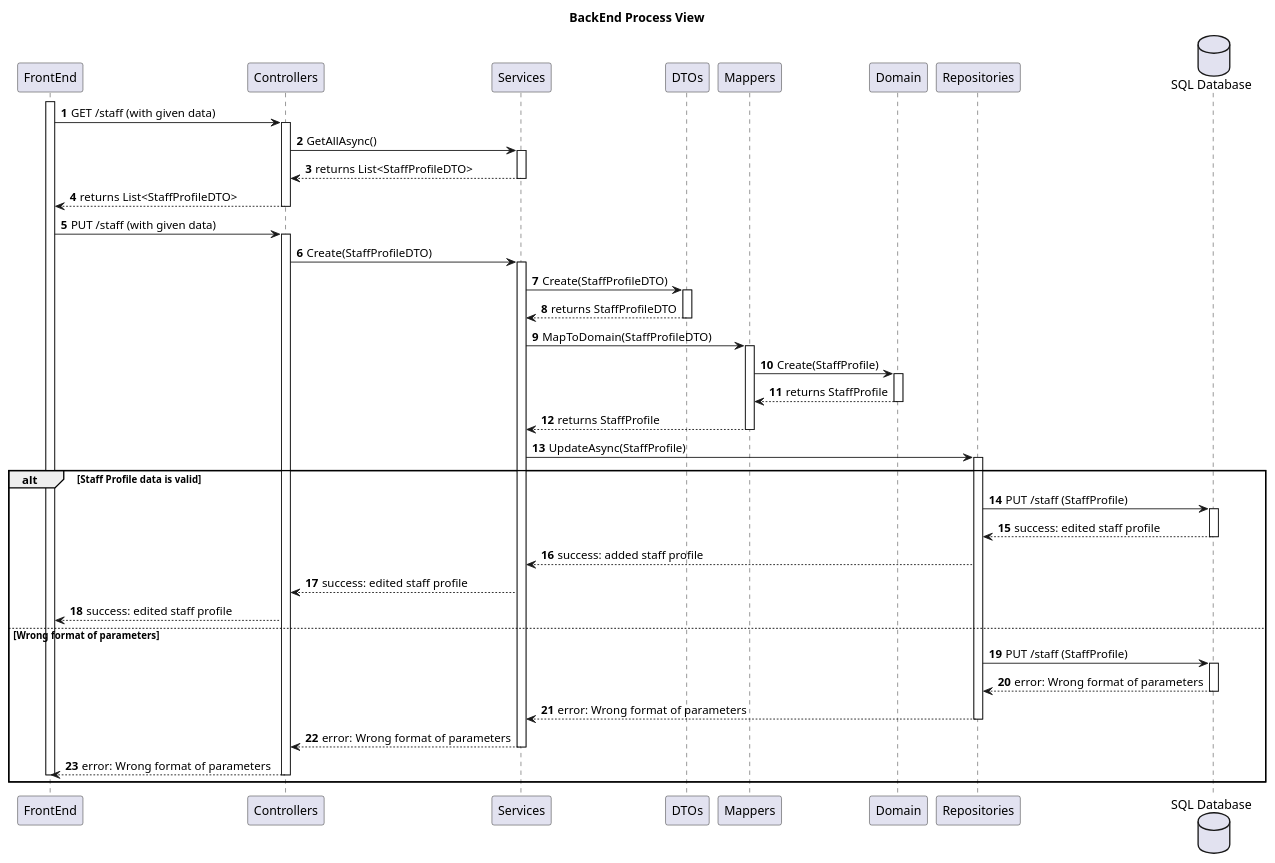
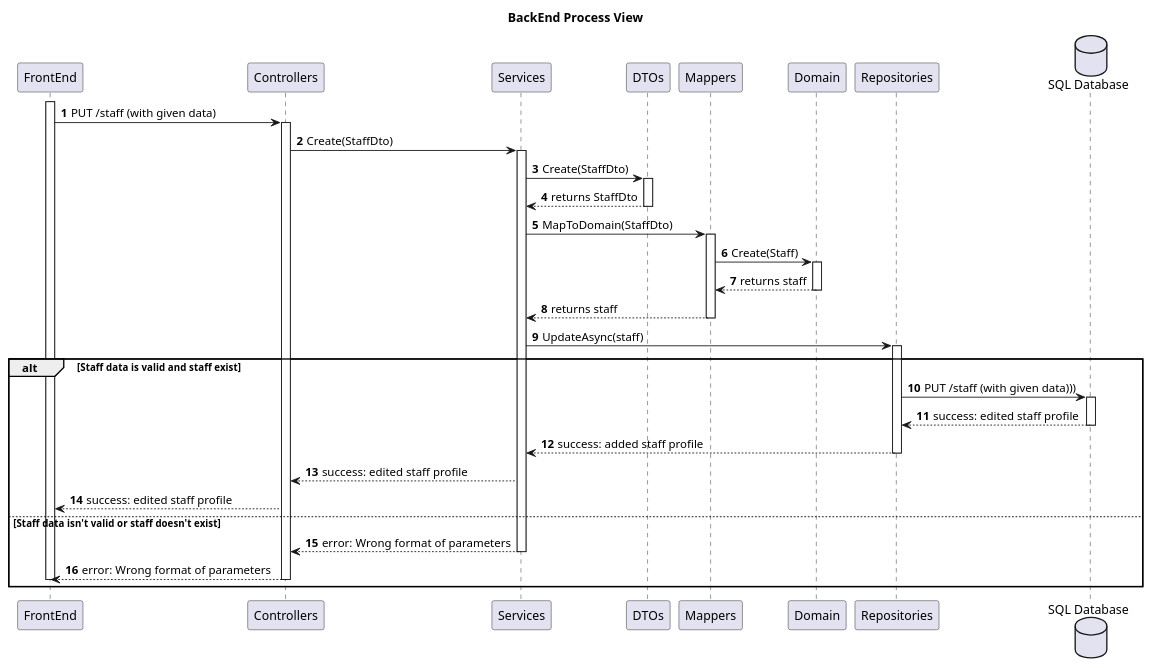
Before and after one commit to MiguelCardoso77/SurgicalSync-BackEnd: the diagram in Wiki/SprintA/diagrams/use-cases/19-edit-staff's-profile/level3/backend-process-view.puml, drawn with PlantUML. The commit also changed 9 other files, not shown here.

```diff
--- a/Wiki/SprintA/diagrams/use-cases/19-edit-staff's-profile/level3/backend-process-view.puml
+++ b/Wiki/SprintA/diagrams/use-cases/19-edit-staff's-profile/level3/backend-process-view.puml
@@ -1,87 +1,70 @@
 @startuml
 autonumber
 
 title BackEnd Process View
 
 participant "FrontEnd" as FE
 participant "Controllers" as CN
 participant "Services" as SV
 participant "DTOs" as DTO
 participant "Mappers" as MP
 participant "Domain" as DM
 participant "Repositories" as REPO
 database "SQL Database" as SQL
 
 activate FE
-    FE -> CN: GET /staff (with given data)
-    activate CN
     
-        CN -> SV : GetAllAsync()
-        activate SV
-        
-        SV --> CN : returns List<StaffProfileDTO>
-        deactivate SV
-        
-        CN --> FE : returns List<StaffProfileDTO>
-        deactivate CN
-        
         FE -> CN : PUT /staff (with given data)
         activate CN
         
-        CN -> SV: Create(StaffProfileDTO)
+        CN -> SV: Create(StaffDto)
         activate SV
         
-        SV -> DTO: Create(StaffProfileDTO) 
+        SV -> DTO: Create(StaffDto) 
         activate DTO
                         
-                DTO --> SV : returns StaffProfileDTO
+                DTO --> SV : returns StaffDto
             deactivate DTO
             
-            SV -> MP : MapToDomain(StaffProfileDTO)
+            SV -> MP : MapToDomain(StaffDto)
             activate MP
             
-                MP -> DM : Create(StaffProfile)
+                MP -> DM : Create(Staff)
                 activate DM
                      
-                    DM --> MP : returns StaffProfile
+                    DM --> MP : returns staff
                 deactivate DM
             
-                MP --> SV : returns StaffProfile
+                MP --> SV : returns staff
             deactivate MP
                 
-            SV -> REPO : UpdateAsync(StaffProfile)
+            SV -> REPO : UpdateAsync(staff)
             activate REPO
             
-            alt Staff Profile data is valid
+            alt Staff  data is valid and staff exist
 
-                REPO -> SQL : PUT /staff (StaffProfile)
+                REPO -> SQL : PUT /staff (with given data)))
                 activate SQL
                 
                     SQL --> REPO : success: edited staff profile 
                 deactivate SQL
                 
                 REPO --> SV : success: added staff profile 
-            
+                deactivate REPO
 
             SV --> CN : success: edited staff profile 
         FE <-- CN: success: edited staff profile 
 
-else Wrong format of parameters
+else Staff  data isn't valid or staff doesn't exist
 
-                REPO -> SQL : PUT /staff (StaffProfile)
-                activate SQL
-                
-                    SQL --> REPO : error: Wrong format of parameters
-                deactivate SQL
-                
-        REPO --> SV : error: Wrong format of parameters
-            deactivate REPO
+               
+        
             SV --> CN : error: Wrong format of parameters
         deactivate SV
         FE <-- CN: error: Wrong format of parameters
     deactivate CN     
                
 deactivate FE
 end
 
 @enduml
```
